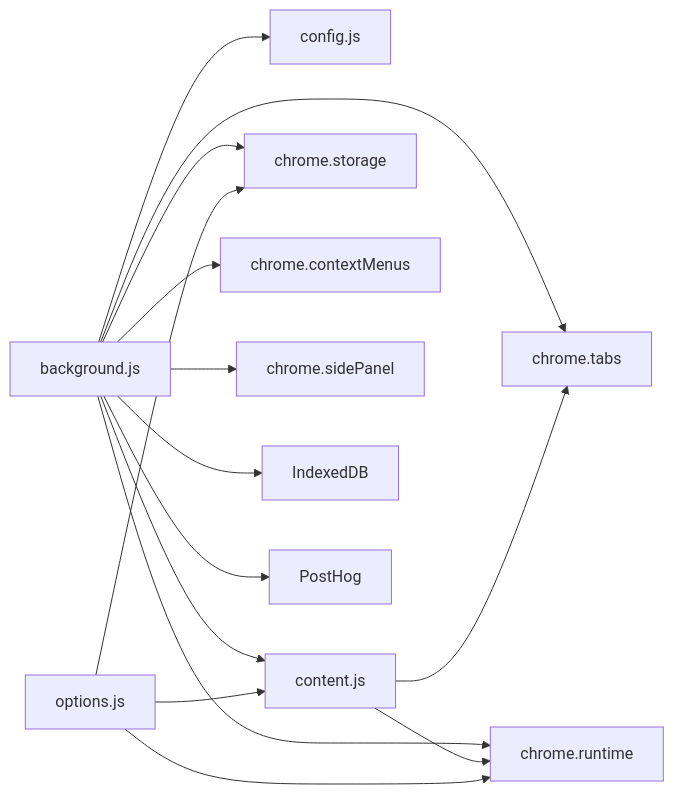
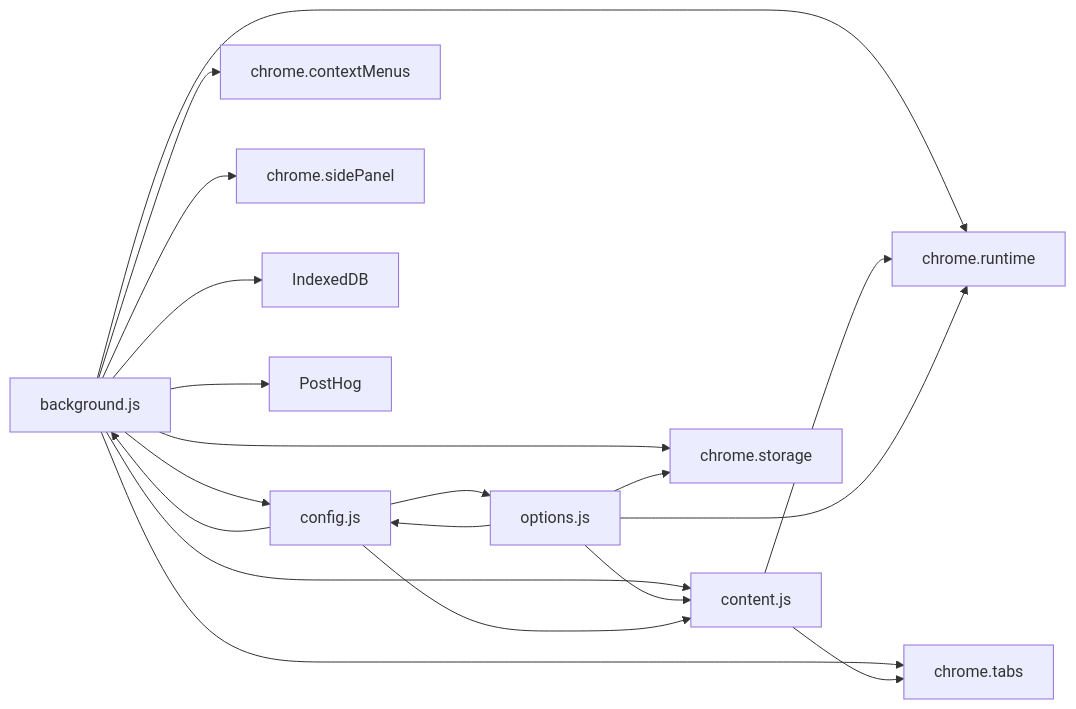
One commit to binasi/Img2Prompt changed the sixth of 6 diagrams in .qoder/repowiki/zh/content/技术架构/核心模块分析/后台服务模块 (background.js).md. Above: the diagram before and after it, drawn with Mermaid. The commit also changed other lines of this file and 7 other files, not shown here.

````diff
--- a/.qoder/repowiki/zh/content/技术架构/核心模块分析/后台服务模块 (background.js).md
+++ b/.qoder/repowiki/zh/content/技术架构/核心模块分析/后台服务模块 (background.js).md
@@ -376,17 +432,21 @@
 ```mermaid
 graph LR
 BG["background.js"] --> CFG["config.js"]
 BG --> CS["content.js"]
 BG --> RT["chrome.runtime"]
 BG --> ST["chrome.storage"]
 BG --> TAB["chrome.tabs"]
 BG --> CM["chrome.contextMenus"]
 BG --> SP["chrome.sidePanel"]
 BG --> IDB["IndexedDB"]
 BG --> PH["PostHog"]
 CS --> RT
 CS --> TAB
 OPT["options.js"] --> ST
 OPT --> RT
 OPT --> CS
+OPT --> CFG
+CFG --> BG
+CFG --> CS
+CFG --> OPT
 ```
````
